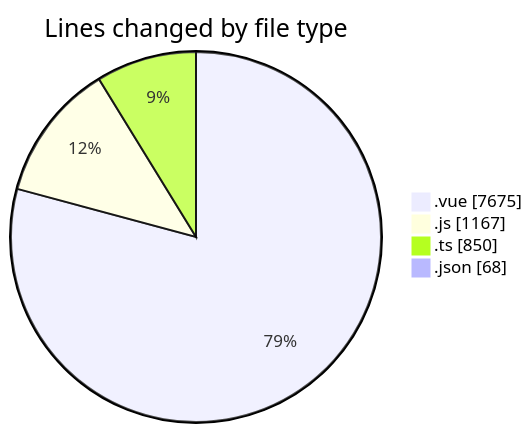
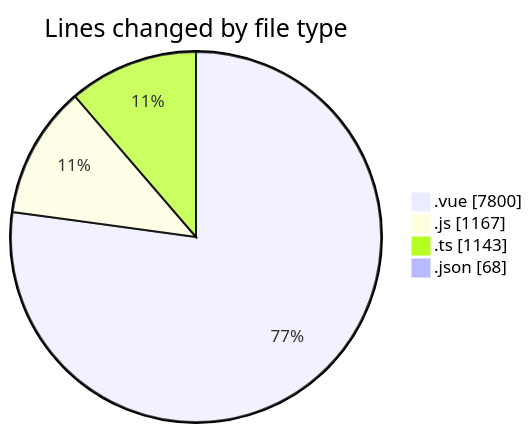
The first of 2 diagrams in 2025-08-12/rentotp/README.md (lephambinh05/code-tracking), drawn with Mermaid before and after one commit. The commit also changed other lines of this file and 1 other file, not shown here.

````diff
--- a/2025-08-12/rentotp/README.md
+++ b/2025-08-12/rentotp/README.md
@@ -45,8 +47,8 @@
 ```mermaid
 pie showData
 title Lines changed by file type
-".vue" : 7675
+".vue" : 7800
 ".js" : 1167
-".ts" : 850
+".ts" : 1143
 ".json" : 68
 ```
````
